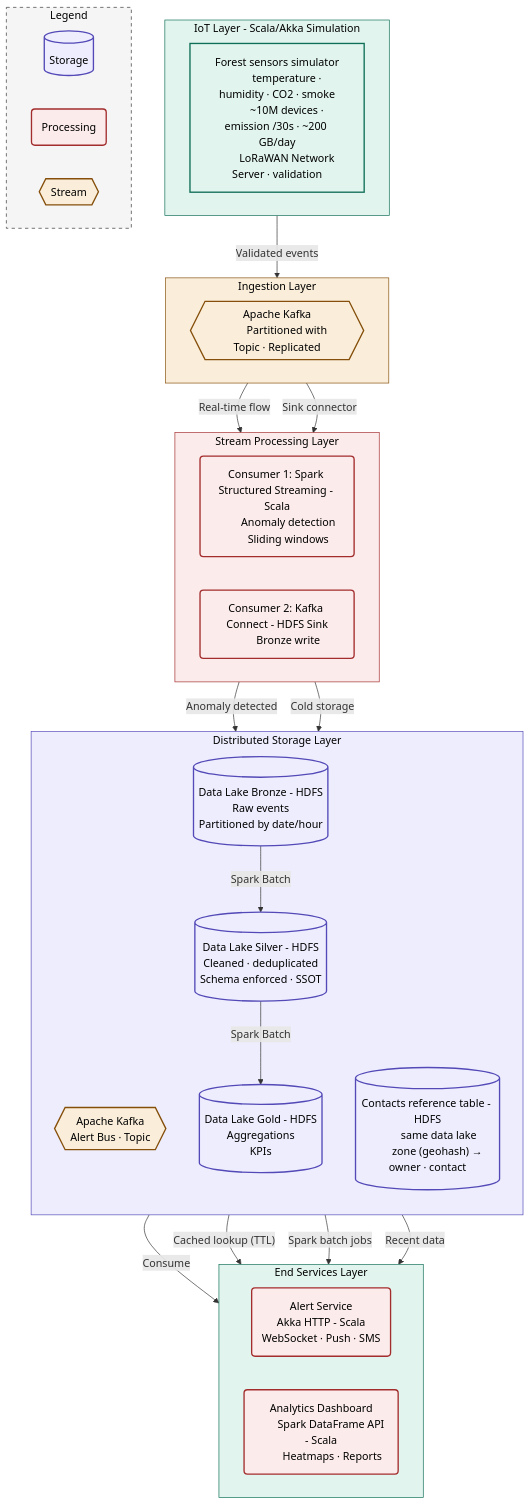
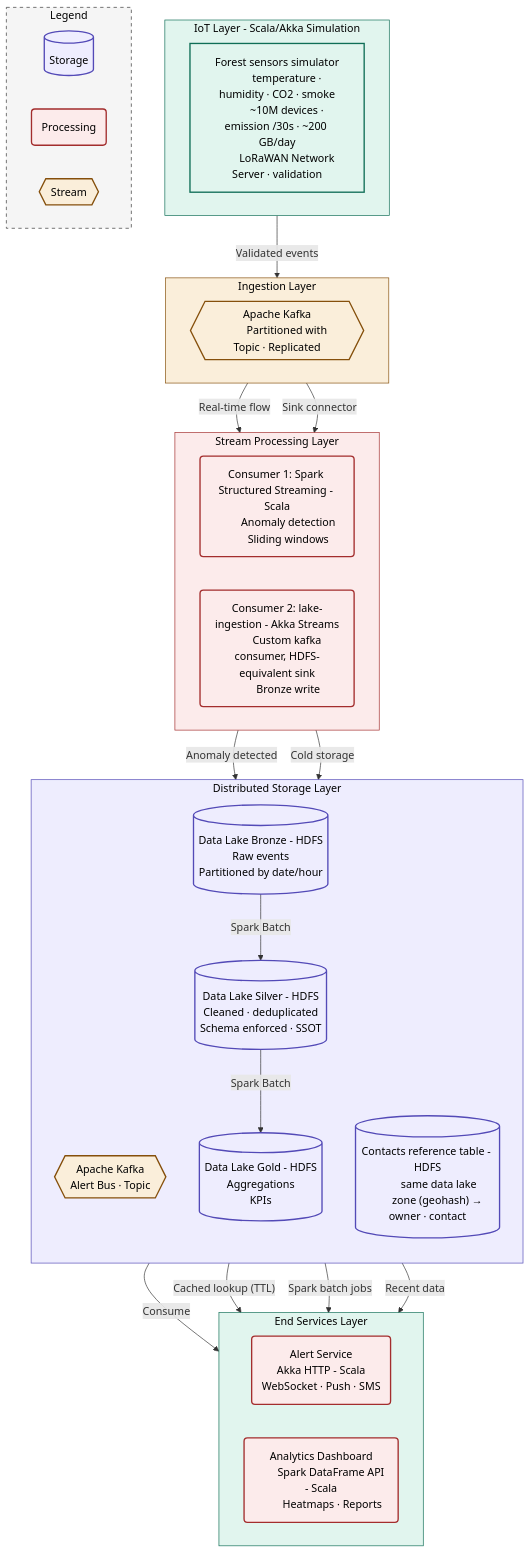
Before and after one commit to Pauwit/introduction-au-data-engineering: the diagram in README.md, drawn with Mermaid.

Commit message:
docs(README): describe lake-ingestion as a custom kafka consumer

```diff
--- a/README.md
+++ b/README.md
@@ -94,7 +94,8 @@
         C1K("Consumer 1: Spark Structured Streaming - Scala
         Anomaly detection
         Sliding windows"):::process
-        C2K("Consumer 2: Kafka Connect - HDFS Sink
+        C2K("Consumer 2: lake-ingestion - Akka Streams
+        Custom kafka consumer, HDFS-equivalent sink
         Bronze write"):::process
   end
  subgraph STORAGE["Distributed Storage Layer"]
```
